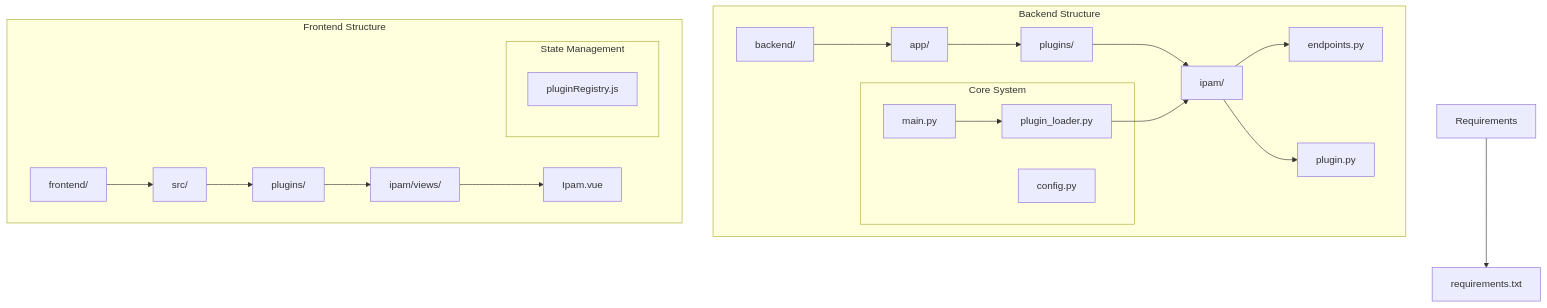
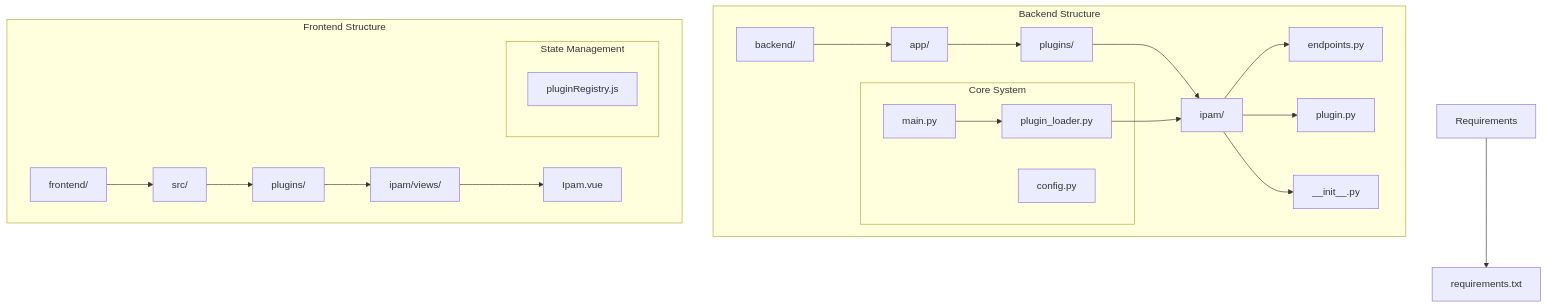
One commit to Nikita5543/New-SSO-02 changed the first of 8 diagrams in .qoder/repowiki/en/content/Built-in Plugins/IPAM Plugin.md. Above: the diagram before and after it, drawn with Mermaid. The commit also changed other lines of this file and 3 other files, not shown here.

````diff
--- a/.qoder/repowiki/en/content/Built-in Plugins/IPAM Plugin.md
+++ b/.qoder/repowiki/en/content/Built-in Plugins/IPAM Plugin.md
@@ -41,27 +50,28 @@
 ```mermaid
 graph TB
 subgraph "Backend Structure"
 A[backend/] --> B[app/]
 B --> C[plugins/]
 C --> D[ipam/]
 D --> E[endpoints.py]
 D --> F[plugin.py]
+D --> G[__init__.py]
 subgraph "Core System"
-G[main.py]
-H[plugin_loader.py]
-I[config.py]
+H[main.py]
+I[plugin_loader.py]
+J[config.py]
 end
-G --> H
-H --> D
+H --> I
+I --> D
 end
 subgraph "Frontend Structure"
-J[frontend/] --> K[src/]
-K --> L[plugins/]
-L --> M[ipam/views/]
-M --> N[Ipam.vue]
+K[frontend/] --> L[src/]
+L --> M[plugins/]
+M --> N[ipam/views/]
+N --> O[Ipam.vue]
 subgraph "State Management"
-O[pluginRegistry.js]
+P[pluginRegistry.js]
 end
 end
-P[Requirements] --> Q[requirements.txt]
+Q[Requirements] --> R[requirements.txt]
 ```
````
